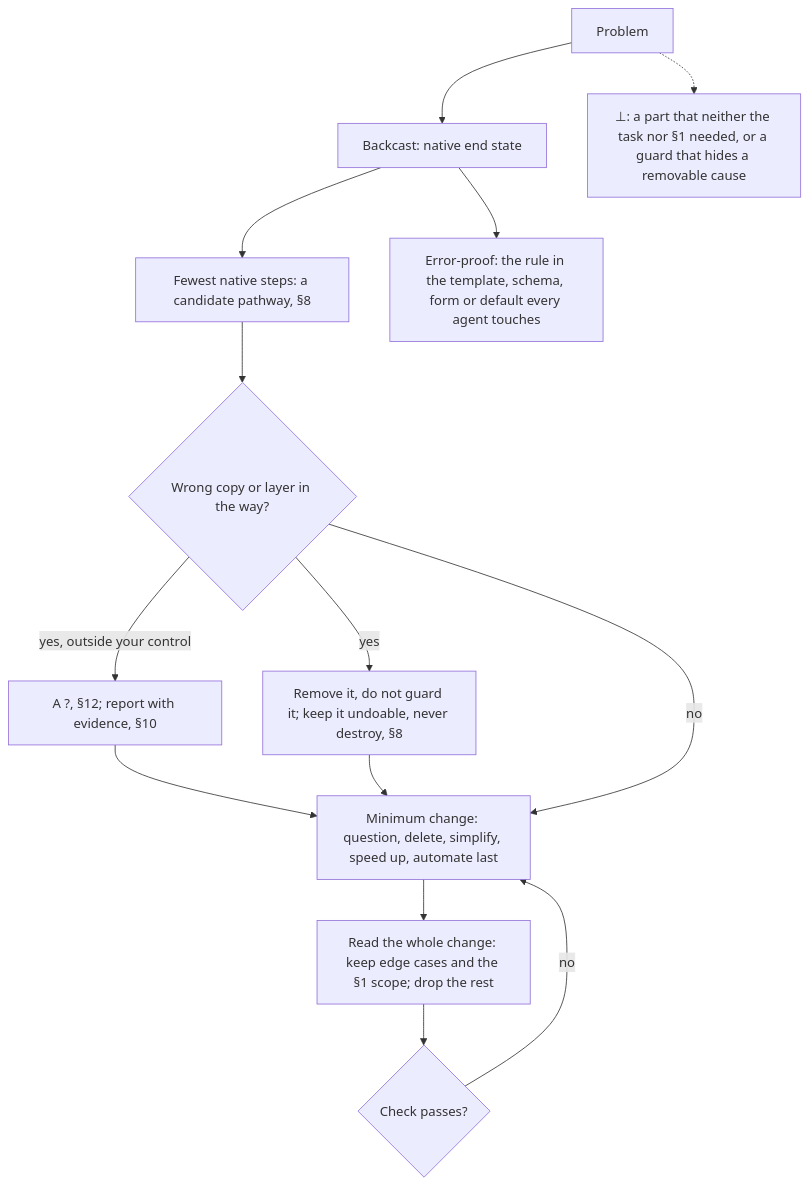
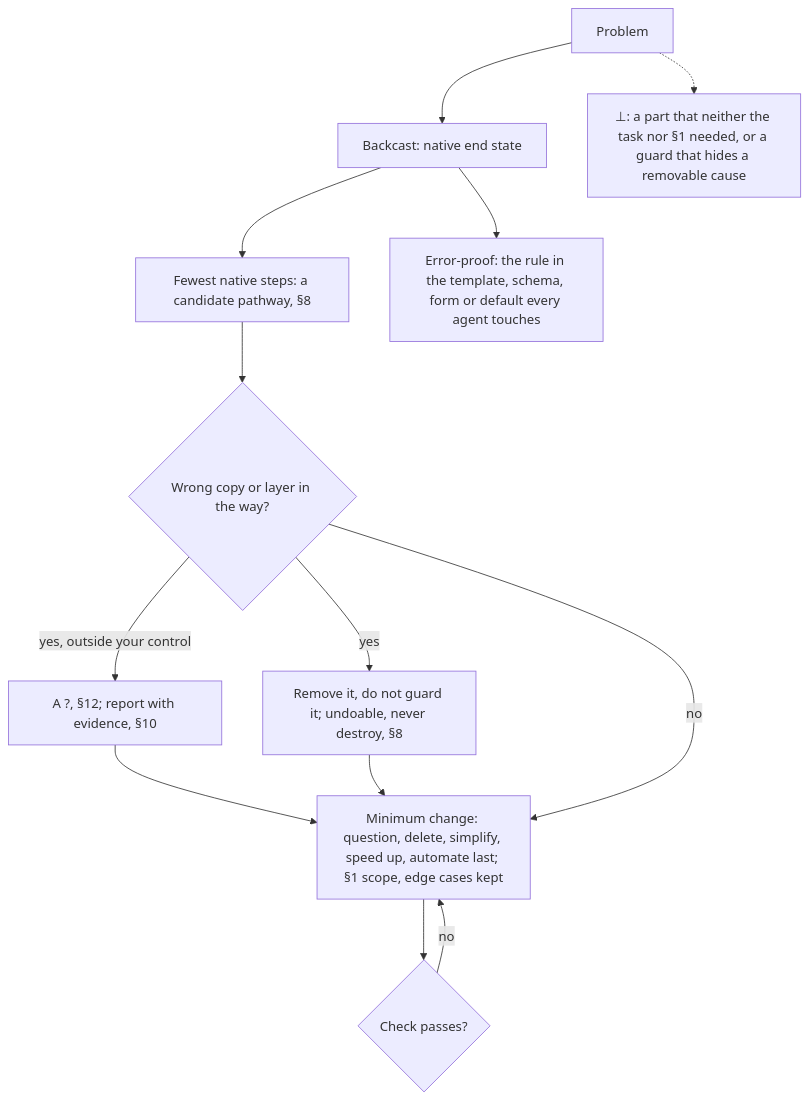
The tenth of 14 diagrams in AGENTS.md (SolenixAI/arbiter), drawn with Mermaid before and after one commit. The commit also changed other lines of this file and 1 other file, not shown here.

First line of the commit message:
refactor(agents): every token earns its place: -20.5% per request, all rules and forms kept

````diff
--- a/AGENTS.md
+++ b/AGENTS.md
@@ -478,11 +371,11 @@
 ```mermaid
 flowchart TD
   P[Problem] --> E["Backcast: native end state"] --> N["Fewest native steps: a candidate pathway, §8"]
   E --> RB["Error-proof: the rule in the template, schema, form or default every agent touches"]
   N --> W{Wrong copy or layer in the way?}
   W -->|yes, outside your control| TU["A ?, §12; report with evidence, §10"] --> M
-  W -->|yes| X["Remove it, do not guard it; keep it undoable, never destroy, §8"] --> M
-  W -->|no| M["Minimum change: question, delete, simplify, speed up, automate last"] --> D["Read the whole change: keep edge cases and the §1 scope; drop the rest"] --> C{Check passes?}
+  W -->|yes| X["Remove it, do not guard it; undoable, never destroy, §8"] --> M
+  W -->|no| M["Minimum change: question, delete, simplify, speed up, automate last; §1 scope, edge cases kept"] --> C{Check passes?}
   C -->|no| M
   P -.-> BOT["⊥: a part that neither the task nor §1 needed, or a guard that hides a removable cause"]
 ```
````
